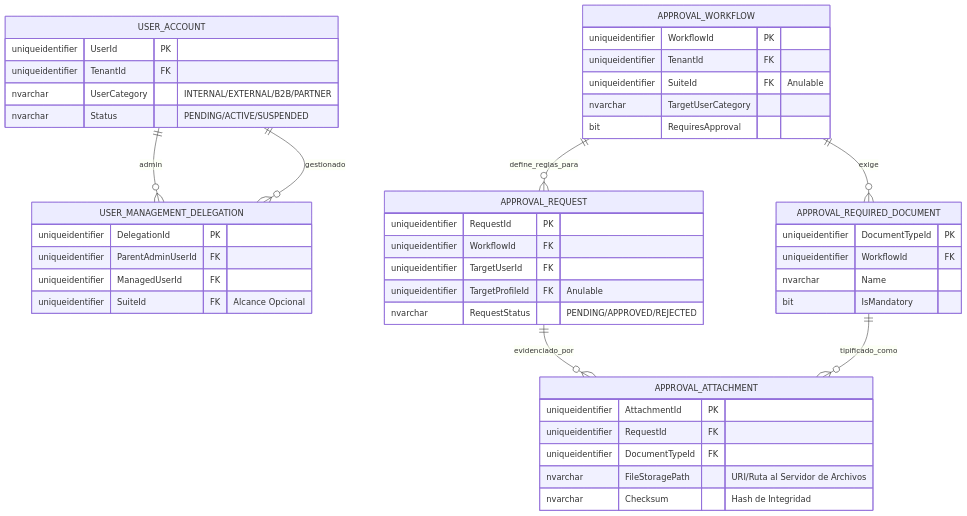
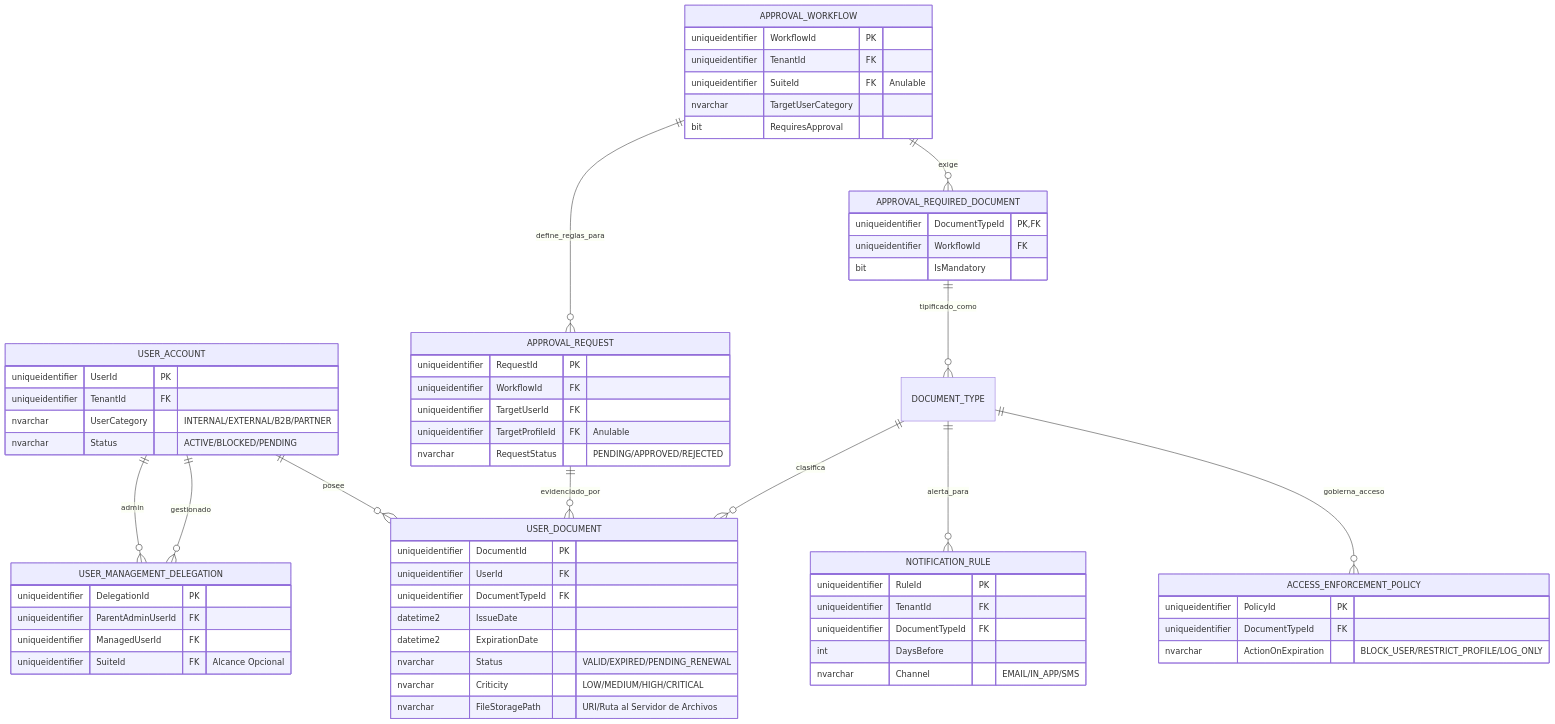
One commit to beyondnetcode/ums changed the fourth of 4 diagrams in architecture/blueprints-es/database-design-er.md. Above: the diagram before and after it, drawn with Mermaid. The commit also changed other lines of this file and 4 other files, not shown here.

Commit message:
feat(auth): implement document lifecycle and automated access enforcement (ADR 0030)

````diff
--- a/architecture/blueprints-es/database-design-er.md
+++ b/architecture/blueprints-es/database-design-er.md
@@ -133,54 +133,75 @@
 ```mermaid
 erDiagram
     USER_ACCOUNT ||--o{ USER_MANAGEMENT_DELEGATION : "admin"
     USER_ACCOUNT ||--o{ USER_MANAGEMENT_DELEGATION : "gestionado"
     APPROVAL_WORKFLOW ||--o{ APPROVAL_REQUEST : "define_reglas_para"
     APPROVAL_WORKFLOW ||--o{ APPROVAL_REQUIRED_DOCUMENT : "exige"
-    APPROVAL_REQUEST ||--o{ APPROVAL_ATTACHMENT : "evidenciado_por"
-    APPROVAL_REQUIRED_DOCUMENT ||--o{ APPROVAL_ATTACHMENT : "tipificado_como"
+    APPROVAL_REQUEST ||--o{ USER_DOCUMENT : "evidenciado_por"
+    APPROVAL_REQUIRED_DOCUMENT ||--o{ DOCUMENT_TYPE : "tipificado_como"
+    
+    USER_ACCOUNT ||--o{ USER_DOCUMENT : "posee"
+    DOCUMENT_TYPE ||--o{ USER_DOCUMENT : "clasifica"
+    DOCUMENT_TYPE ||--o{ NOTIFICATION_RULE : "alerta_para"
+    DOCUMENT_TYPE ||--o{ ACCESS_ENFORCEMENT_POLICY : "gobierna_acceso"
     
     USER_ACCOUNT {
         uniqueidentifier UserId PK
         uniqueidentifier TenantId FK
         nvarchar UserCategory "INTERNAL/EXTERNAL/B2B/PARTNER"
-        nvarchar Status "PENDING/ACTIVE/SUSPENDED"
+        nvarchar Status "ACTIVE/BLOCKED/PENDING"
     }
 
     USER_MANAGEMENT_DELEGATION {
         uniqueidentifier DelegationId PK
         uniqueidentifier ParentAdminUserId FK
         uniqueidentifier ManagedUserId FK
         uniqueidentifier SuiteId FK "Alcance Opcional"
     }
     
     APPROVAL_WORKFLOW {
         uniqueidentifier WorkflowId PK
         uniqueidentifier TenantId FK
         uniqueidentifier SuiteId FK "Anulable"
         nvarchar TargetUserCategory
         bit RequiresApproval
     }
 
     APPROVAL_REQUIRED_DOCUMENT {
-        uniqueidentifier DocumentTypeId PK
+        uniqueidentifier DocumentTypeId PK, FK
         uniqueidentifier WorkflowId FK
-        nvarchar Name
         bit IsMandatory
     }
     
     APPROVAL_REQUEST {
         uniqueidentifier RequestId PK
         uniqueidentifier WorkflowId FK
         uniqueidentifier TargetUserId FK
         uniqueidentifier TargetProfileId FK "Anulable"
         nvarchar RequestStatus "PENDING/APPROVED/REJECTED"
     }
 
-    APPROVAL_ATTACHMENT {
-        uniqueidentifier AttachmentId PK
-        uniqueidentifier RequestId FK
+    USER_DOCUMENT {
+        uniqueidentifier DocumentId PK
+        uniqueidentifier UserId FK
         uniqueidentifier DocumentTypeId FK
+        datetime2 IssueDate
+        datetime2 ExpirationDate
+        nvarchar Status "VALID/EXPIRED/PENDING_RENEWAL"
+        nvarchar Criticity "LOW/MEDIUM/HIGH/CRITICAL"
         nvarchar FileStoragePath "URI/Ruta al Servidor de Archivos"
-        nvarchar Checksum "Hash de Integridad"
+    }
+
+    NOTIFICATION_RULE {
+        uniqueidentifier RuleId PK
+        uniqueidentifier TenantId FK
+        uniqueidentifier DocumentTypeId FK
+        int DaysBefore
+        nvarchar Channel "EMAIL/IN_APP/SMS"
+    }
+
+    ACCESS_ENFORCEMENT_POLICY {
+        uniqueidentifier PolicyId PK
+        uniqueidentifier DocumentTypeId FK
+        nvarchar ActionOnExpiration "BLOCK_USER/RESTRICT_PROFILE/LOG_ONLY"
     }
 ```
````
